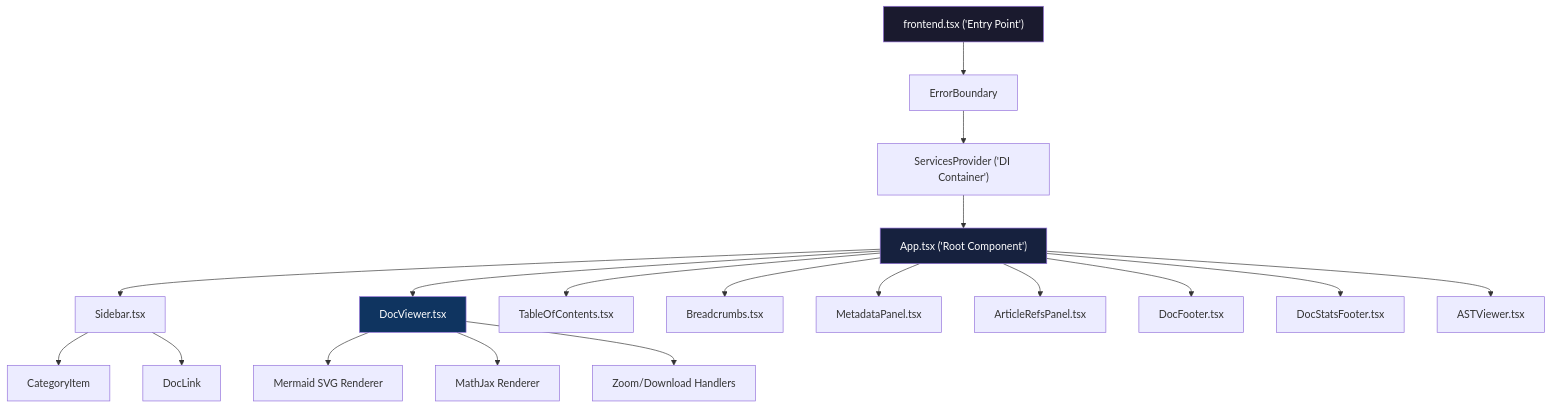
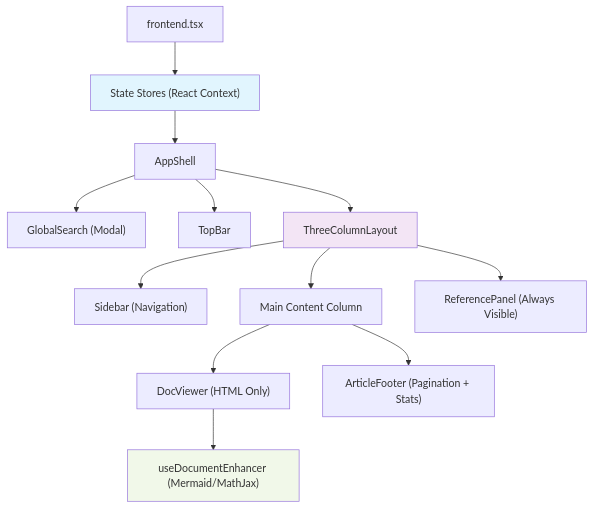
Before and after one commit to naranyala/naravisuals-web: the first of 2 diagrams in docs/02-architecture/03-frontend-components.md, drawn with Mermaid. The commit also changed other lines of this file and 92 other files, not shown here.

Commit message:
strict types; improve search navigation; new frontend abstraction

````diff
--- a/docs/02-architecture/03-frontend-components.md
+++ b/docs/02-architecture/03-frontend-components.md
@@ -14,27 +14,22 @@
-```mermaid:desc=React component hierarchy showing the main components and their relationships
+```mermaid:desc=Modern component hierarchy with reactive stores and layout primitives.
 flowchart TD
-    A["frontend.tsx ('Entry Point')"] --> B["ErrorBoundary"]
-    B --> C["ServicesProvider ('DI Container')"]
-    C --> D["App.tsx ('Root Component')"]
-
-    D --> E["Sidebar.tsx"]
-    D --> F["DocViewer.tsx"]
-    D --> G["TableOfContents.tsx"]
-    D --> H["Breadcrumbs.tsx"]
-    D --> I["MetadataPanel.tsx"]
-    D --> J["ArticleRefsPanel.tsx"]
-    D --> K["DocFooter.tsx"]
-    D --> L["DocStatsFooter.tsx"]
-    D --> M["ASTViewer.tsx"]
-
-    F --> F1["Mermaid SVG Renderer"]
-    F --> F2["MathJax Renderer"]
-    F --> F3["Zoom/Download Handlers"]
-
-    E --> E1["CategoryItem"]
-    E --> E2["DocLink"]
-
-    style A fill:#1a1a2e,color:#fff
-    style D fill:#16213e,color:#fff
-    style F fill:#0f3460,color:#fff
+    A["frontend.tsx"] --> B["State Stores (React Context)"]
+    B --> C["AppShell"]
+    
+    C --> D["GlobalSearch (Modal)"]
+    C --> E["TopBar"]
+    
+    C --> F["ThreeColumnLayout"]
+    F --> G["Sidebar (Navigation)"]
+    F --> H["Main Content Column"]
+    F --> I["ReferencePanel (Always Visible)"]
+    
+    H --> H1["DocViewer (HTML Only)"]
+    H --> H2["ArticleFooter (Pagination + Stats)"]
+    
+    H1 --> J["useDocumentEnhancer (Mermaid/MathJax)"]
+    
+    style B fill:#e1f5fe
+    style F fill:#f3e5f5
+    style J fill:#f1f8e9
 ```
````
